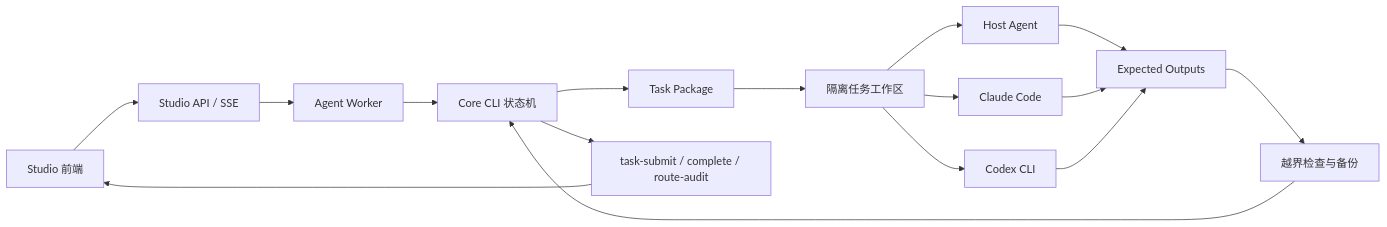
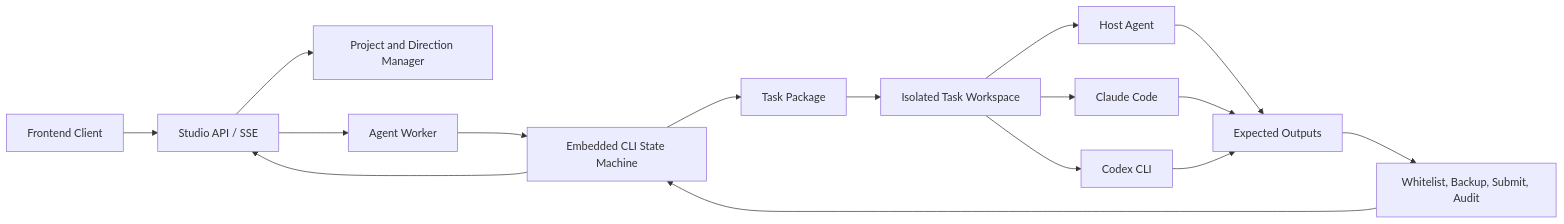
The diagram in docs/architecture/new-studio-architecture.md (o-1717986918/arcvellum), drawn with Mermaid before and after one commit. The commit also changed other lines of this file and 306 other files, not shown here.

Commit message:
Make Studio standalone with embedded literary engine

````diff
--- a/docs/architecture/new-studio-architecture.md
+++ b/docs/architecture/new-studio-architecture.md
@@ -7,18 +7,18 @@
 ```mermaid
 flowchart LR
-    UI["Studio 前端"] --> API["Studio API / SSE"]
+    UI["Frontend Client"] --> API["Studio API / SSE"]
+    API --> PM["Project and Direction Manager"]
     API --> W["Agent Worker"]
-    W --> C["Core CLI 状态机"]
+    W --> C["Embedded CLI State Machine"]
     C --> T["Task Package"]
-    T --> S["隔离任务工作区"]
+    T --> S["Isolated Task Workspace"]
     S --> H["Host Agent"]
     S --> CL["Claude Code"]
     S --> CX["Codex CLI"]
     H --> O["Expected Outputs"]
     CL --> O
     CX --> O
-    O --> V["越界检查与备份"]
+    O --> V["Whitelist, Backup, Submit, Audit"]
     V --> C
-    C --> A["task-submit / complete / route-audit"]
-    A --> UI
+    C --> API
 ```
````
